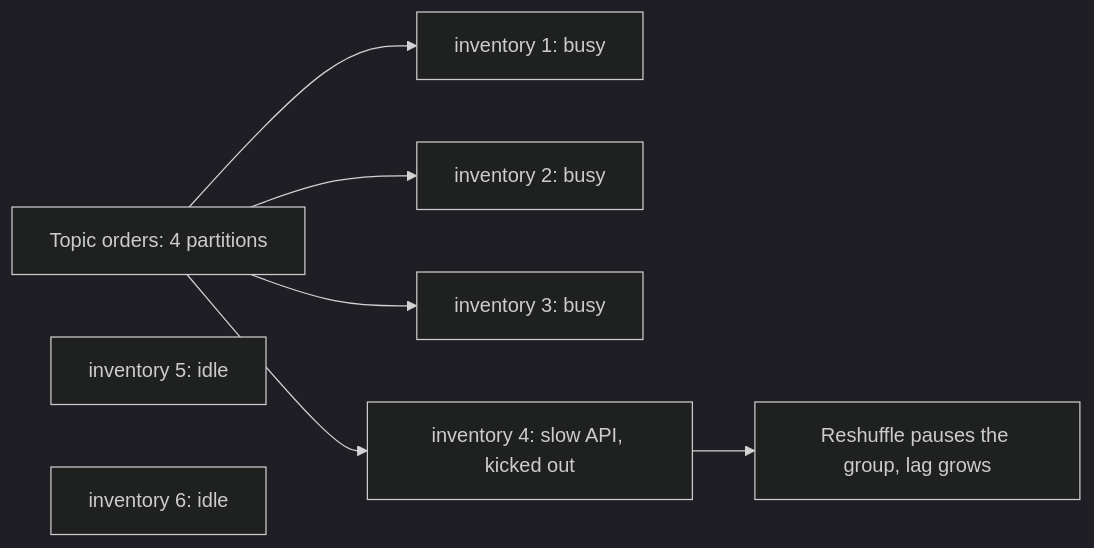
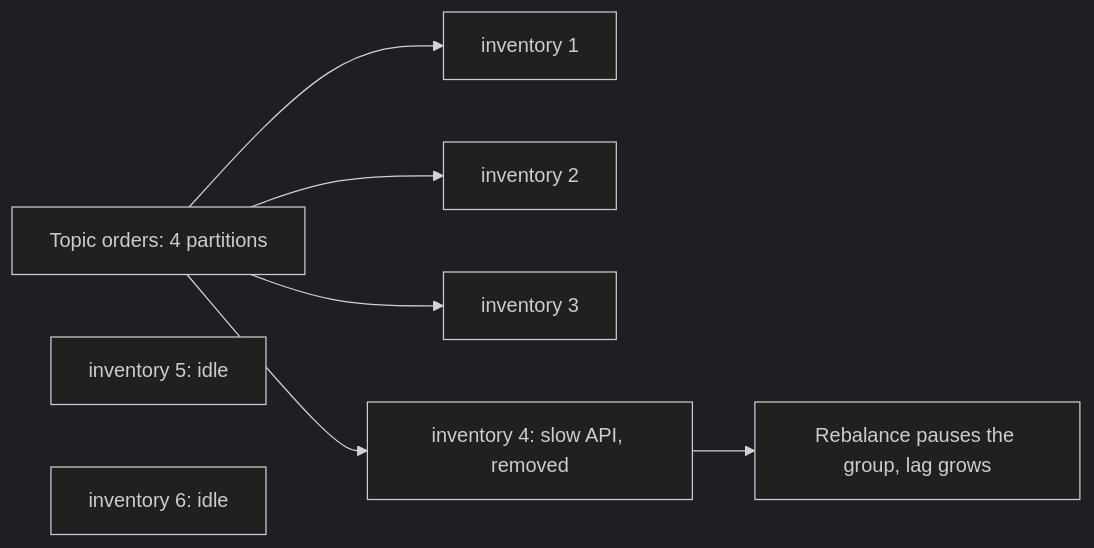
One commit to jubin-techwiz/learning changed the first of 2 diagrams in notes/02-messaging/02-kafka/04-consumers-consumer-groups.md. Above: the diagram before and after it, drawn with Mermaid (dark theme). The commit also changed other lines of this file and 37 other files, not shown here.

````diff
--- a/notes/02-messaging/02-kafka/04-consumers-consumer-groups.md
+++ b/notes/02-messaging/02-kafka/04-consumers-consumer-groups.md
@@ -26,10 +55,10 @@
 ```mermaid
 flowchart LR
-    T[Topic orders: 4 partitions] --> C1[inventory 1: busy]
-    T --> C2[inventory 2: busy]
-    T --> C3[inventory 3: busy]
-    T --> C4[inventory 4: slow API, kicked out]
+    T[Topic orders: 4 partitions] --> C1[inventory 1]
+    T --> C2[inventory 2]
+    T --> C3[inventory 3]
+    T --> C4[inventory 4: slow API, removed]
     C5[inventory 5: idle]
     C6[inventory 6: idle]
-    C4 --> R[Reshuffle pauses the group, lag grows]
+    C4 --> R[Rebalance pauses the group, lag grows]
 ```
````
